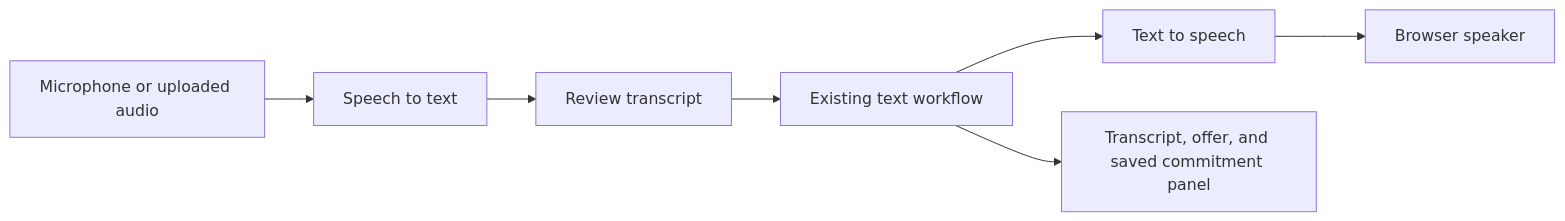
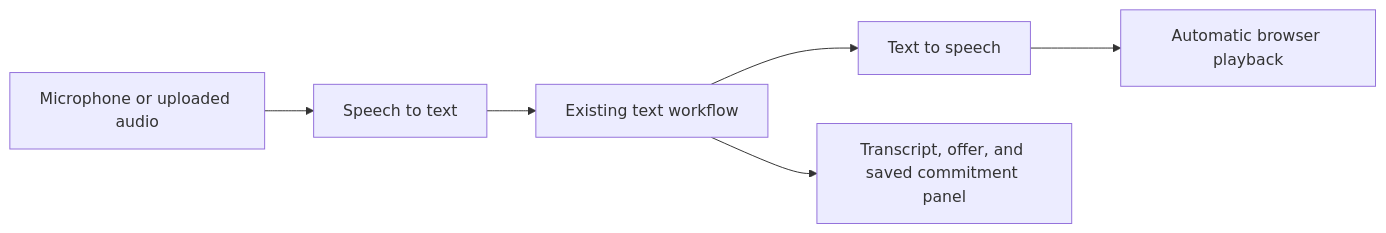
The second of 2 diagrams in docs/ROADMAP.md (sergiomorapardo/AgenticDebtCollection), drawn with Mermaid before and after one commit. The commit also changed other lines of this file and 3 other files, not shown here.

````diff
--- a/docs/ROADMAP.md
+++ b/docs/ROADMAP.md
@@ -30,8 +31,8 @@
 ```mermaid
 flowchart LR
     M[Microphone or uploaded audio] --> S[Speech to text]
-    S --> R[Review transcript] --> G[Existing text workflow]
+    S --> G[Existing text workflow]
     G --> T[Text to speech]
-    T --> B[Browser speaker]
+    T --> B[Automatic browser playback]
     G --> P[Transcript, offer, and saved commitment panel]
 ```
````
